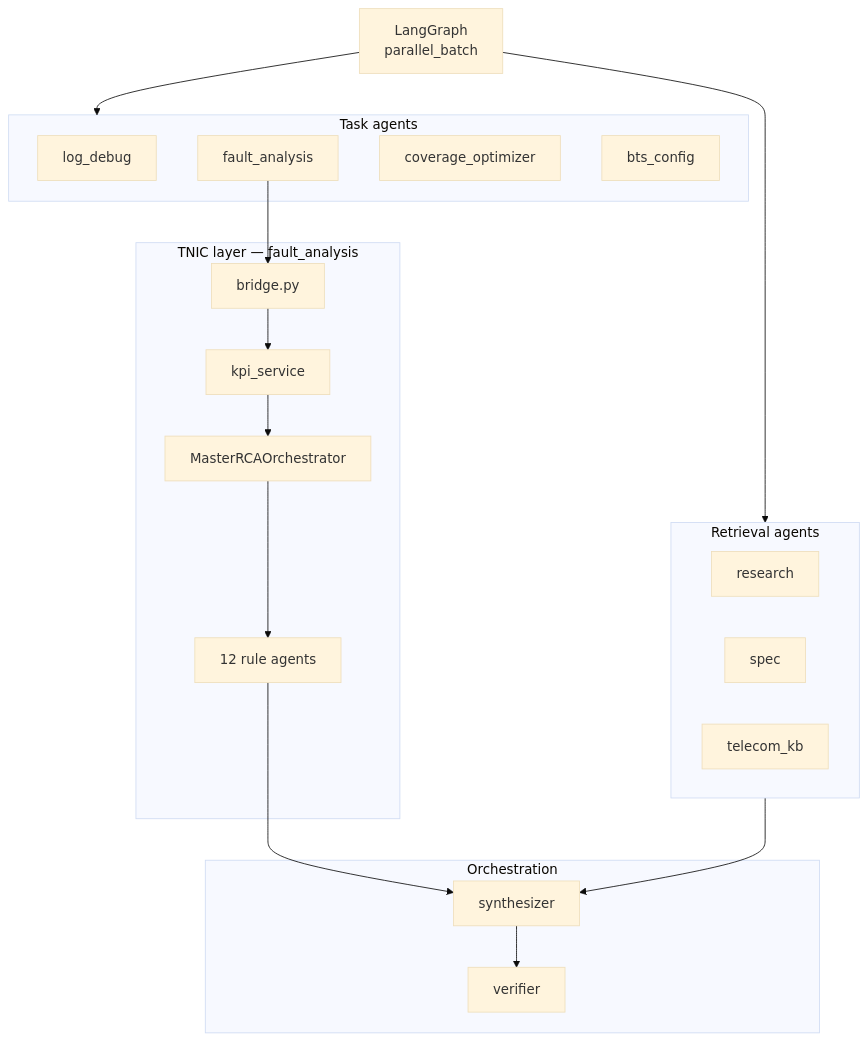
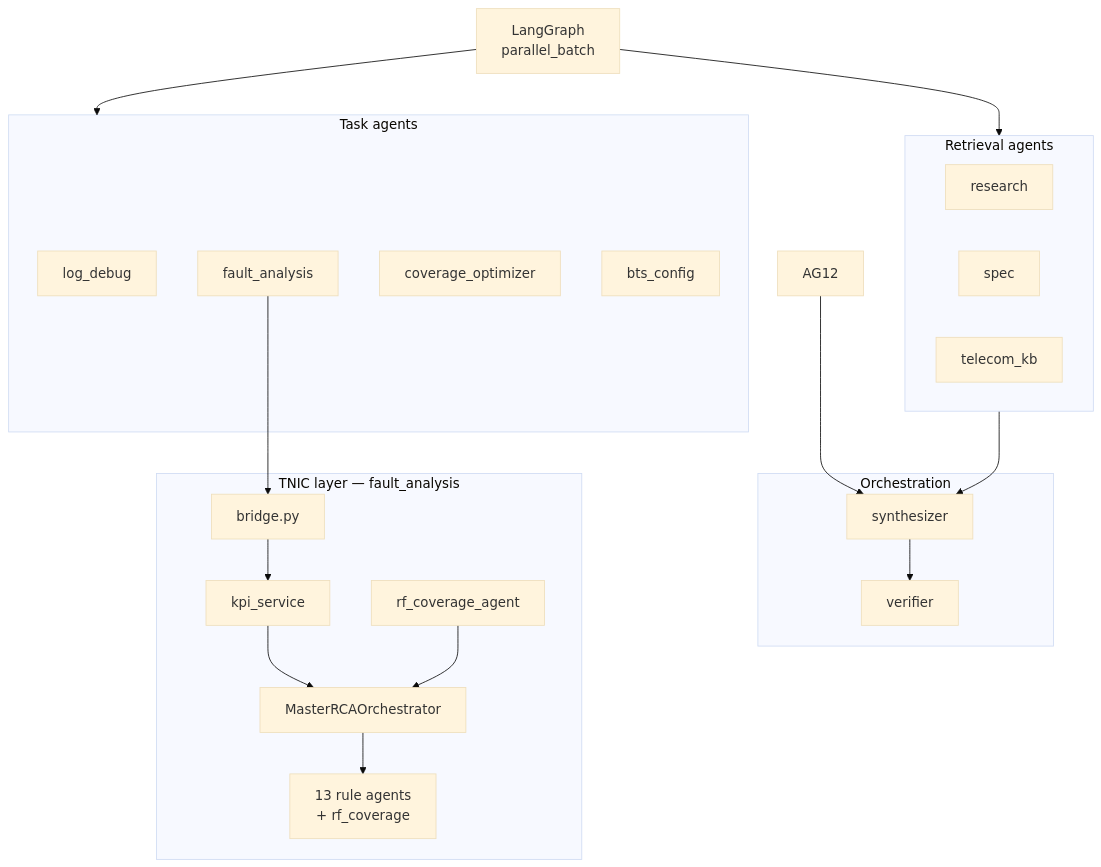
Before and after one commit to aqil2020in/telecomgpt: the ninth of 11 diagrams in docs/ARCHITECTURE.md, drawn with Mermaid (base theme). The commit also changed other lines of this file and 2 other files, not shown here.

First line of the commit message:
docs: update architecture for RF Coverage Agent (PR #20 merged)

````diff
--- a/docs/ARCHITECTURE.md
+++ b/docs/ARCHITECTURE.md
@@ -388,37 +443,39 @@
 ```mermaid
 flowchart TB
     subgraph Orch["Orchestration"]
         SYN[synthesizer]
         VER[verifier]
     end
 
     subgraph Task["Task agents"]
         LD[log_debug]
         FA[fault_analysis]
         CO[coverage_optimizer]
         BC[bts_config]
     end
 
     subgraph TNIC["TNIC layer — fault_analysis"]
         BR[bridge.py]
         ORCH[MasterRCAOrchestrator]
-        AG12["12 rule agents"]
+        AG13["13 rule agents\n+ rf_coverage"]
         KPI[kpi_service]
+        COV[rf_coverage_agent]
     end
 
     subgraph Retrieval["Retrieval agents"]
         RS[research]
         SP[spec]
         KB[telecom_kb]
     end
 
     LG[LangGraph\nparallel_batch] --> Task
     LG --> Retrieval
     FA --> BR
     BR --> KPI
     KPI --> ORCH
-    ORCH --> AG12
+    ORCH --> AG13
+    COV --> ORCH
     AG12 --> SYN
     Retrieval --> SYN
     SYN --> VER
 ```
````
